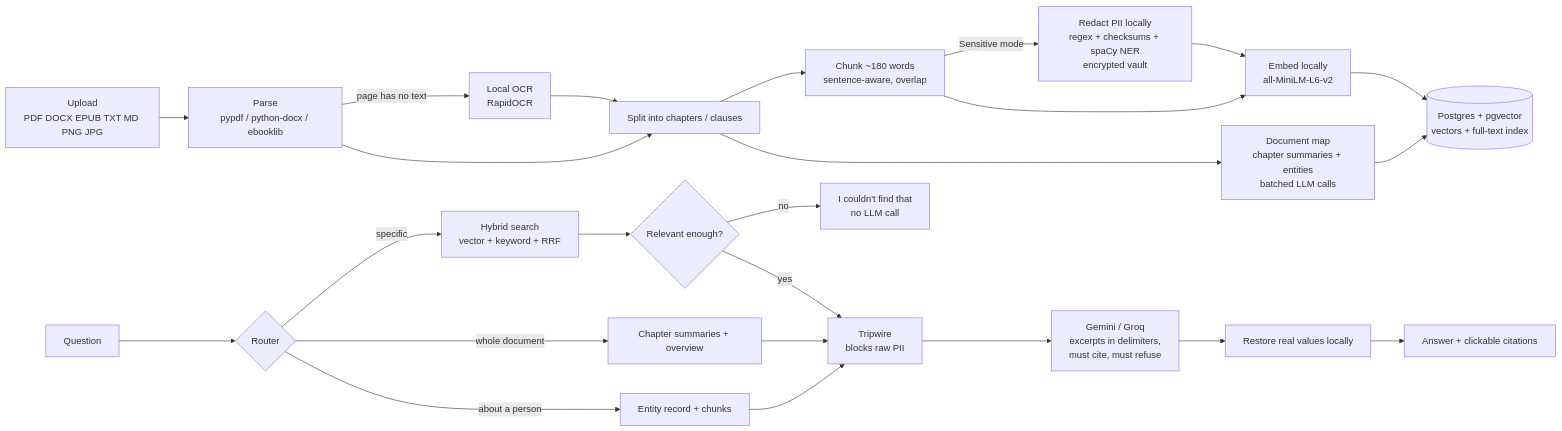
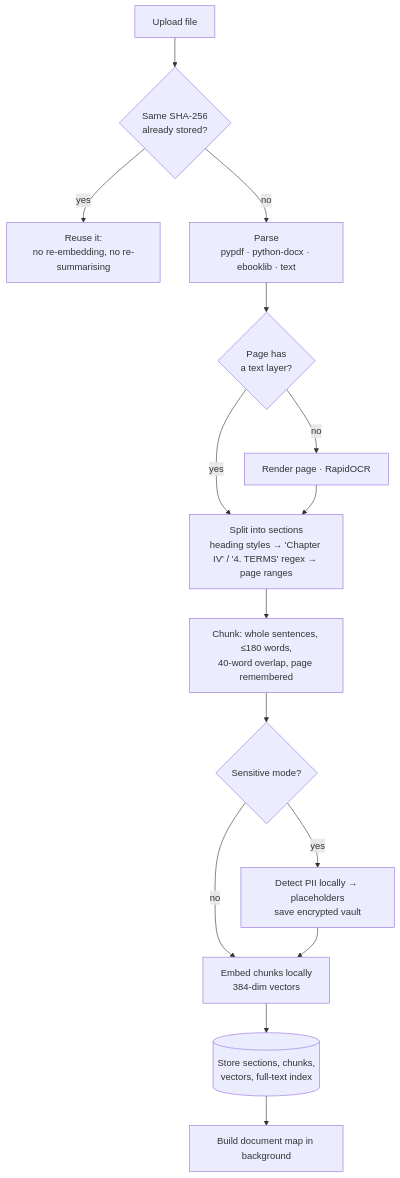
One commit to AM2004legend/AskMyDocs changed the second of 8 diagrams in README.md. Above: the diagram before and after it, drawn with Mermaid. The commit also changed other lines of this file, not shown here.

Commit message:
README: diagrams for architecture, ingest, answering, routing, Sensitive mode, data model and LLM fallback

````diff
--- a/README.md
+++ b/README.md
@@ -13,26 +103,17 @@
 ```mermaid
-flowchart LR
-    U[Upload<br/>PDF DOCX EPUB TXT MD PNG JPG] --> P[Parse<br/>pypdf / python-docx / ebooklib]
-    P -->|page has no text| O[Local OCR<br/>RapidOCR]
-    O --> S
-    P --> S[Split into chapters / clauses]
-    S --> C[Chunk ~180 words<br/>sentence-aware, overlap]
-    C -->|Sensitive mode| R[Redact PII locally<br/>regex + checksums + spaCy NER<br/>encrypted vault]
-    R --> E
-    C --> E[Embed locally<br/>all-MiniLM-L6-v2]
-    E --> DB[(Postgres + pgvector<br/>vectors + full-text index)]
-    S --> M[Document map<br/>chapter summaries + entities<br/>batched LLM calls]
-    M --> DB
-
-    Q[Question] --> RT{Router}
-    RT -->|specific| H[Hybrid search<br/>vector + keyword + RRF]
-    RT -->|whole document| WS[Chapter summaries + overview]
-    RT -->|about a person| EN[Entity record + chunks]
-    H --> T{Relevant enough?}
-    T -->|no| NF["I couldn't find that"<br/>no LLM call]
-    T -->|yes| TW
-    WS --> TW
-    EN --> TW
-    TW[Tripwire<br/>blocks raw PII] --> L[Gemini / Groq<br/>excerpts in delimiters,<br/>must cite, must refuse]
-    L --> RS[Restore real values locally] --> A[Answer + clickable citations]
+flowchart TD
+    A[Upload file] --> B{Same SHA-256<br/>already stored?}
+    B -- yes --> Z[Reuse it:<br/>no re-embedding, no re-summarising]
+    B -- no --> C[Parse<br/>pypdf · python-docx · ebooklib · text]
+    C --> D{Page has<br/>a text layer?}
+    D -- no --> E[Render page · RapidOCR]
+    D -- yes --> F
+    E --> F[Split into sections<br/>heading styles → 'Chapter IV' / '4. TERMS' regex → page ranges]
+    F --> G[Chunk: whole sentences, ≤180 words,<br/>40-word overlap, page remembered]
+    G --> H{Sensitive mode?}
+    H -- yes --> I[Detect PII locally → placeholders<br/>save encrypted vault]
+    H -- no --> J
+    I --> J[Embed chunks locally<br/>384-dim vectors]
+    J --> K[(Store sections, chunks,<br/>vectors, full-text index)]
+    K --> L[Build document map in background]
 ```
````
